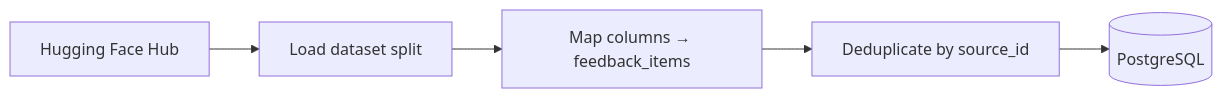
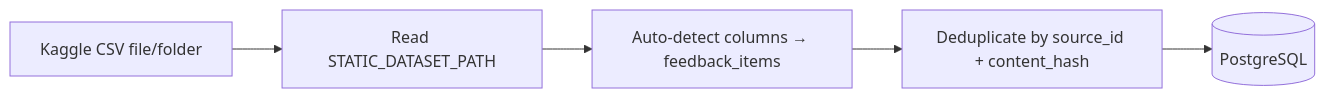
One commit to Aparnachandrashekar/voc-intelligence-platform changed the fifth of 12 diagrams in docs/phase-wise-architecture.md. Above: the diagram before and after it, drawn with Mermaid. The commit also changed other lines of this file and 170 other files, not shown here.

````diff
--- a/docs/phase-wise-architecture.md
+++ b/docs/phase-wise-architecture.md
@@ -244,7 +319,7 @@
 ```mermaid
 flowchart LR
-    HF[Hugging Face Hub] --> LOAD[Load dataset split]
-    LOAD --> MAP[Map columns → feedback_items]
-    MAP --> DEDUP[Deduplicate by source_id]
+    KG[Kaggle CSV file/folder] --> READ[Read STATIC_DATASET_PATH]
+    READ --> MAP[Auto-detect columns → feedback_items]
+    MAP --> DEDUP[Deduplicate by source_id + content_hash]
     DEDUP --> PG[(PostgreSQL)]
 ```
````
